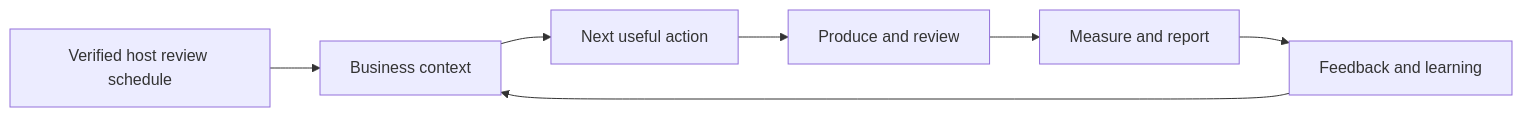
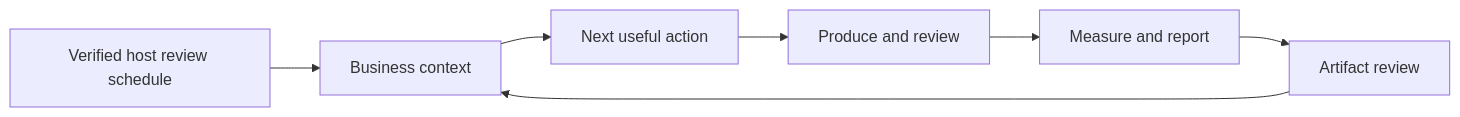
One commit to khadinakbarlabs/ai-cmo-plugin changed the diagram in EXPERIENCE.md. Above: the diagram before and after it, drawn with Mermaid. The commit also changed other lines of this file and 89 other files, not shown here.

````diff
--- a/EXPERIENCE.md
+++ b/EXPERIENCE.md
@@ -12,9 +12,9 @@
 ```mermaid
 flowchart LR
   Context[Business context] --> Choice[Next useful action]
   Choice --> Asset[Produce and review]
   Asset --> Result[Measure and report]
-  Result --> Feedback[Feedback and learning]
+  Result --> Feedback[Artifact review]
   Feedback --> Context
   Schedule[Verified host review schedule] --> Context
 ```
````
